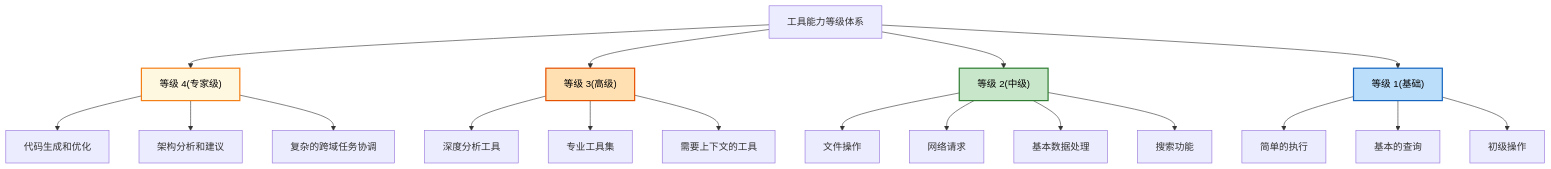
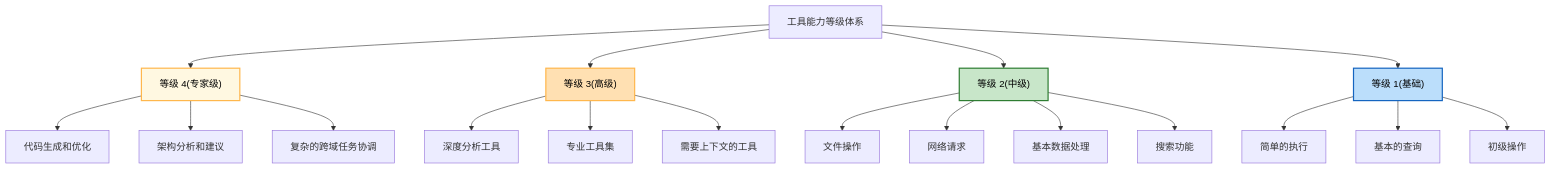
One commit to yeasy/harness_engineering_guide changed the diagram in 05_tool_layer/5.3_type_system.md. Above: the diagram before and after it, drawn with Mermaid. The commit also changed 10 other files, not shown here.

Commit message:
Fix saturated Mermaid stroke colors

````diff
--- a/05_tool_layer/5.3_type_system.md
+++ b/05_tool_layer/5.3_type_system.md
@@ -118,29 +118,29 @@
 ```mermaid
 graph TD
     A["工具能力等级体系"] --> L4["等级 4(专家级)"]
     A --> L3["等级 3(高级)"]
     A --> L2["等级 2(中级)"]
     A --> L1["等级 1(基础)"]
 
     L4 --> L4A["代码生成和优化"]
     L4 --> L4B["架构分析和建议"]
     L4 --> L4C["复杂的跨域任务协调"]
 
     L3 --> L3A["深度分析工具"]
     L3 --> L3B["专业工具集"]
     L3 --> L3C["需要上下文的工具"]
 
     L2 --> L2A["文件操作"]
     L2 --> L2B["网络请求"]
     L2 --> L2C["基本数据处理"]
     L2 --> L2D["搜索功能"]
 
     L1 --> L1A["简单的执行"]
     L1 --> L1B["基本的查询"]
     L1 --> L1C["初级操作"]
 
-    style L4 fill:#fff8e1,stroke:#f57f17,stroke-width:2px,color:#000000
-    style L3 fill:#ffe0b2,stroke:#e65100,stroke-width:2px,color:#000000
+    style L4 fill:#fff8e1,stroke:#ffb74d,stroke-width:2px,color:#000000
+    style L3 fill:#ffe0b2,stroke:#ffb74d,stroke-width:2px,color:#000000
     style L2 fill:#c8e6c9,stroke:#2e7d32,stroke-width:2px,color:#000000
     style L1 fill:#bbdefb,stroke:#1565c0,stroke-width:2px,color:#000000
 ```
````
